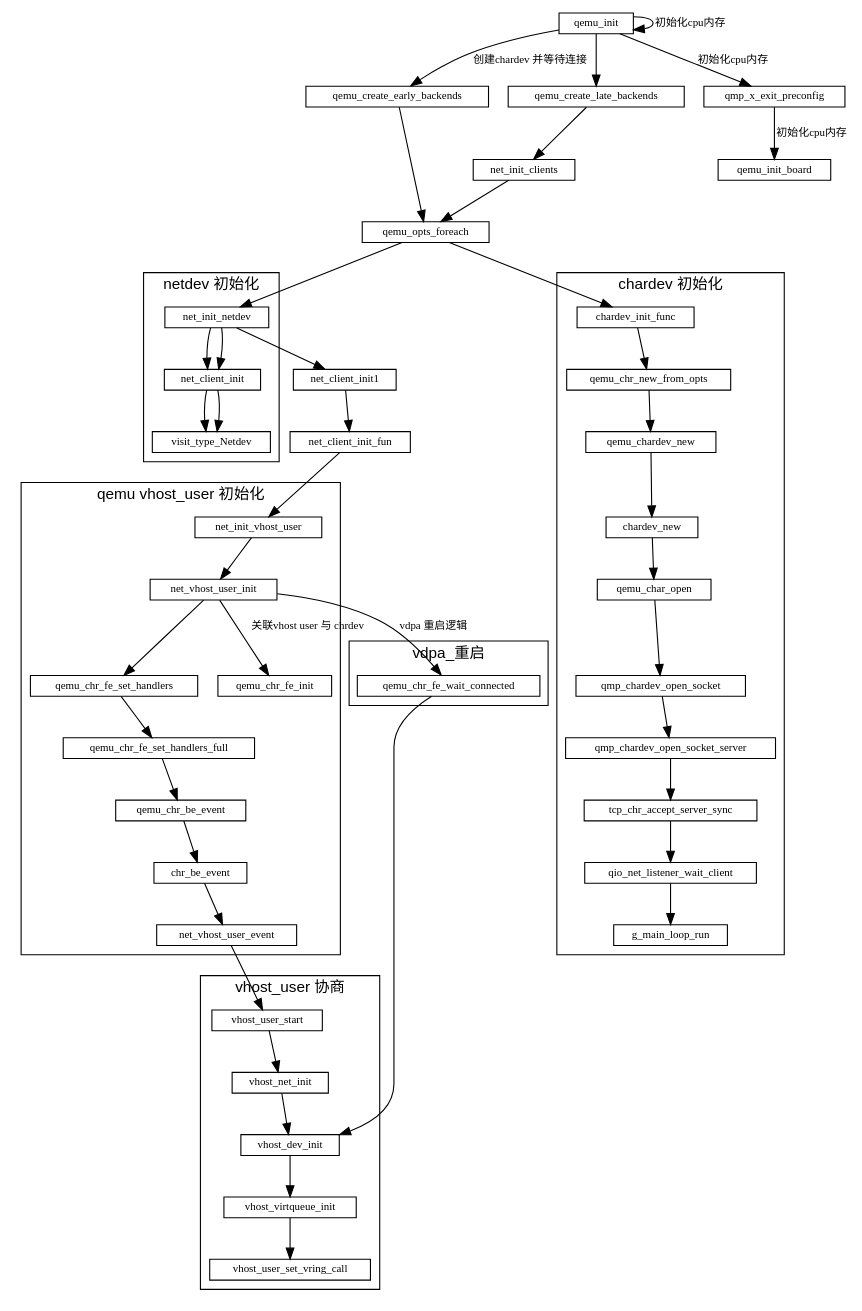
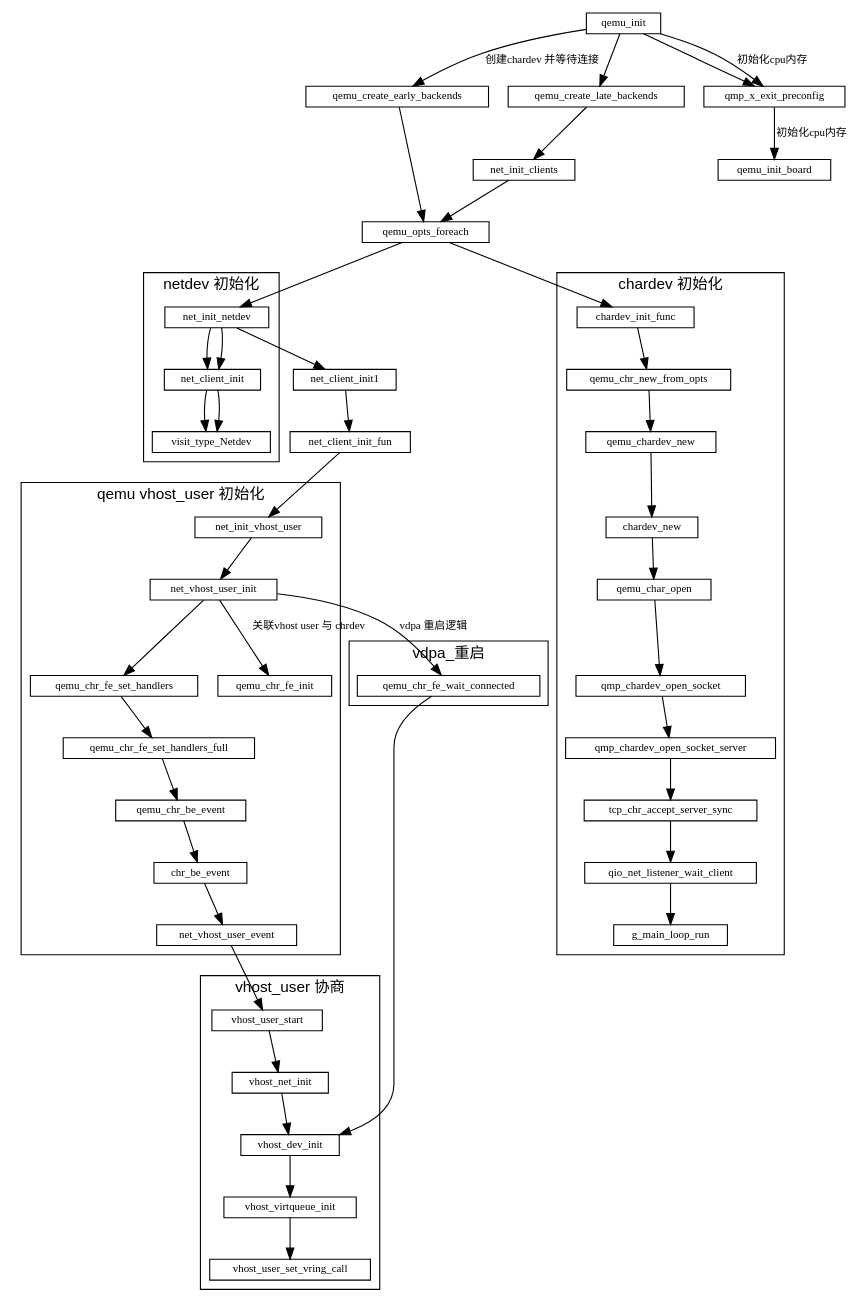
The diagram in qemu/qemu初始化.md (sisyphus1212/note), drawn with Graphviz before and after one commit.

Commit message:
auto_update

```diff
--- a/qemu/qemu初始化.md
+++ b/qemu/qemu初始化.md
@@ -92,7 +92,7 @@
               -> net_client_init1
               -> net_client_init_fun
               -> net_init_vhost_user
-    qemu_init ->
+    qemu_init -> qmp_x_exit_preconfig
     qemu_init -> qmp_x_exit_preconfig
               -> qemu_init_board[label="初始化cpu内存"]
 
```
